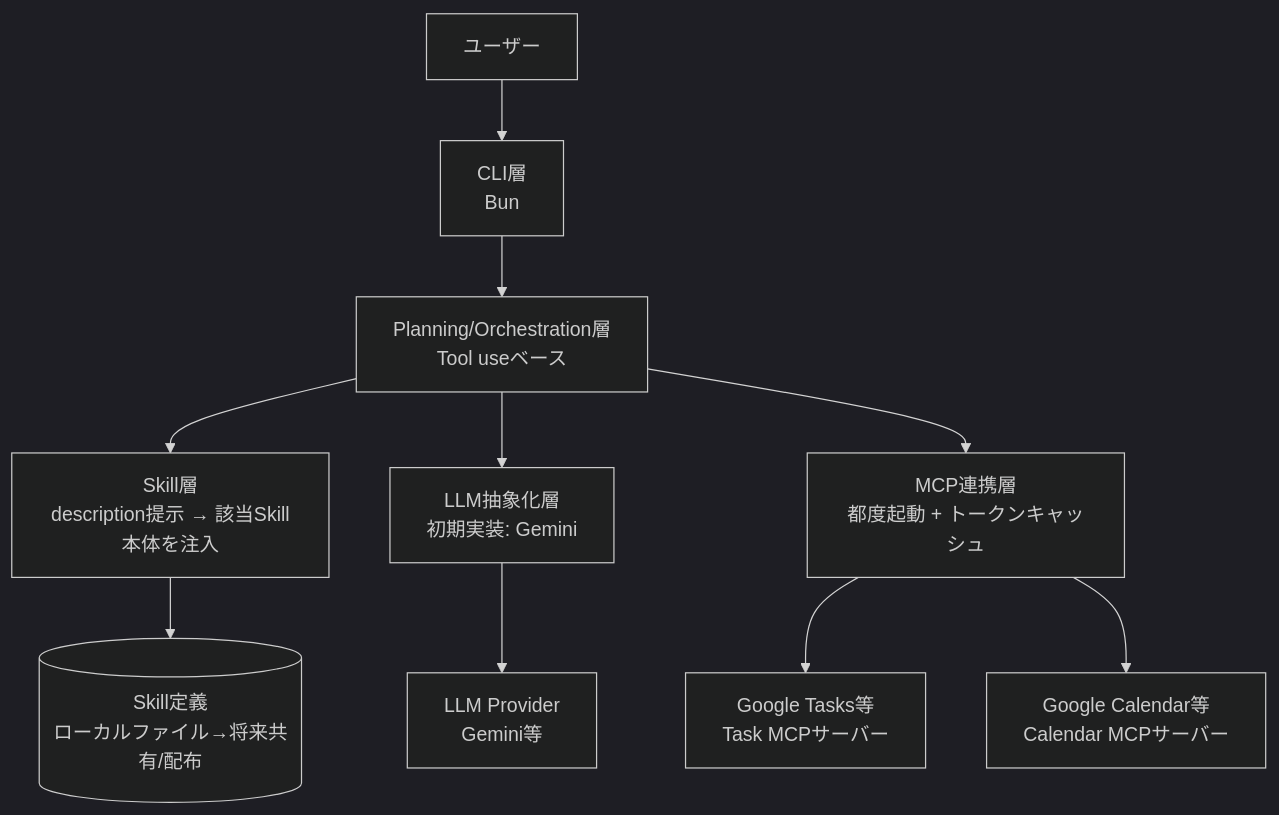
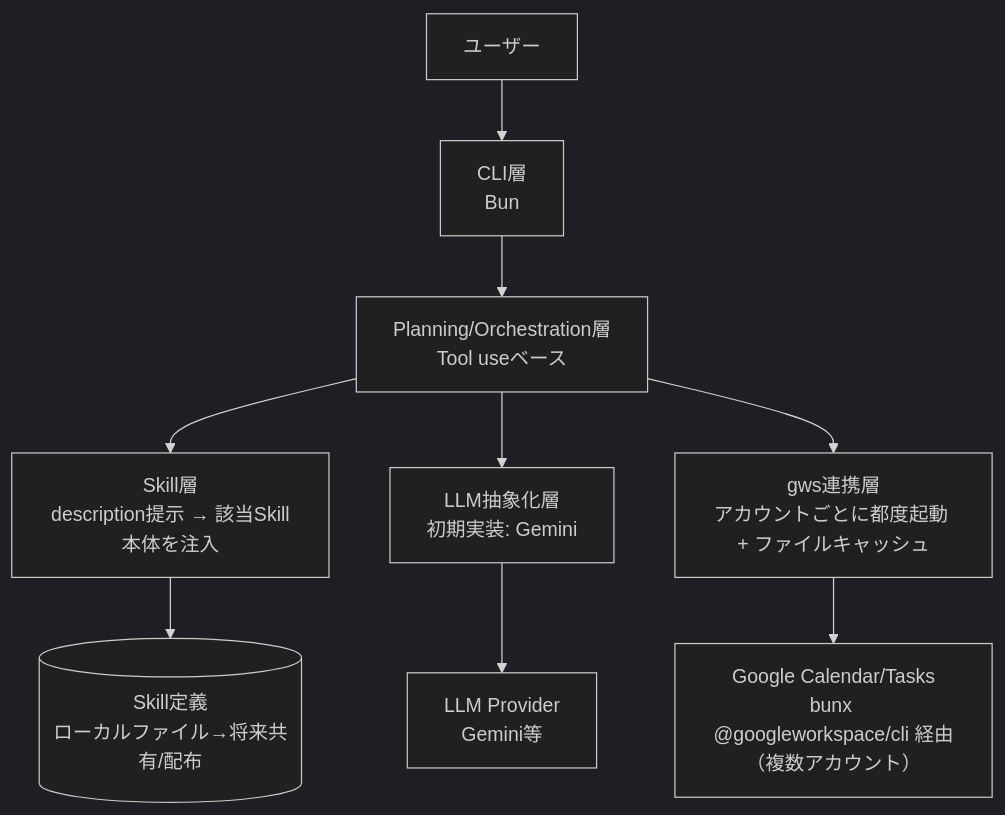
The diagram in design_doc.md (ryuma-1/satellite), drawn with Mermaid (dark theme) before and after one commit. The commit also changed other lines of this file and 39 other files, not shown here.

Commit message:
feat: migrate Google Calendar/Tasks to the gws CLI with unified multi-account support (#5)

````diff
--- a/design_doc.md
+++ b/design_doc.md
@@ -7,23 +7,21 @@
 ```mermaid
 flowchart TD
     User[ユーザー]
     CLI[CLI層<br/>Bun]
     Planning[Planning/Orchestration層<br/>Tool useベース]
     Skill[Skill層<br/>description提示 → 該当Skill本体を注入]
     LLM[LLM抽象化層<br/>初期実装: Gemini]
-    MCP[MCP連携層<br/>都度起動 + トークンキャッシュ]
+    GWS[gws連携層<br/>アカウントごとに都度起動 + ファイルキャッシュ]
     Provider[LLM Provider<br/>Gemini等]
-    ExtTask[Google Tasks等<br/>Task MCPサーバー]
-    ExtCal[Google Calendar等<br/>Calendar MCPサーバー]
+    ExtCal["Google Calendar/Tasks<br/>bunx @googleworkspace/cli 経由（複数アカウント）"]
     SkillFiles[(Skill定義<br/>ローカルファイル→将来共有/配布)]
 
     User --> CLI
     CLI --> Planning
     Planning --> Skill
     Skill --> SkillFiles
     Planning --> LLM
-    Planning --> MCP
+    Planning --> GWS
     LLM --> Provider
-    MCP --> ExtTask
-    MCP --> ExtCal
+    GWS --> ExtCal
 ```
````
